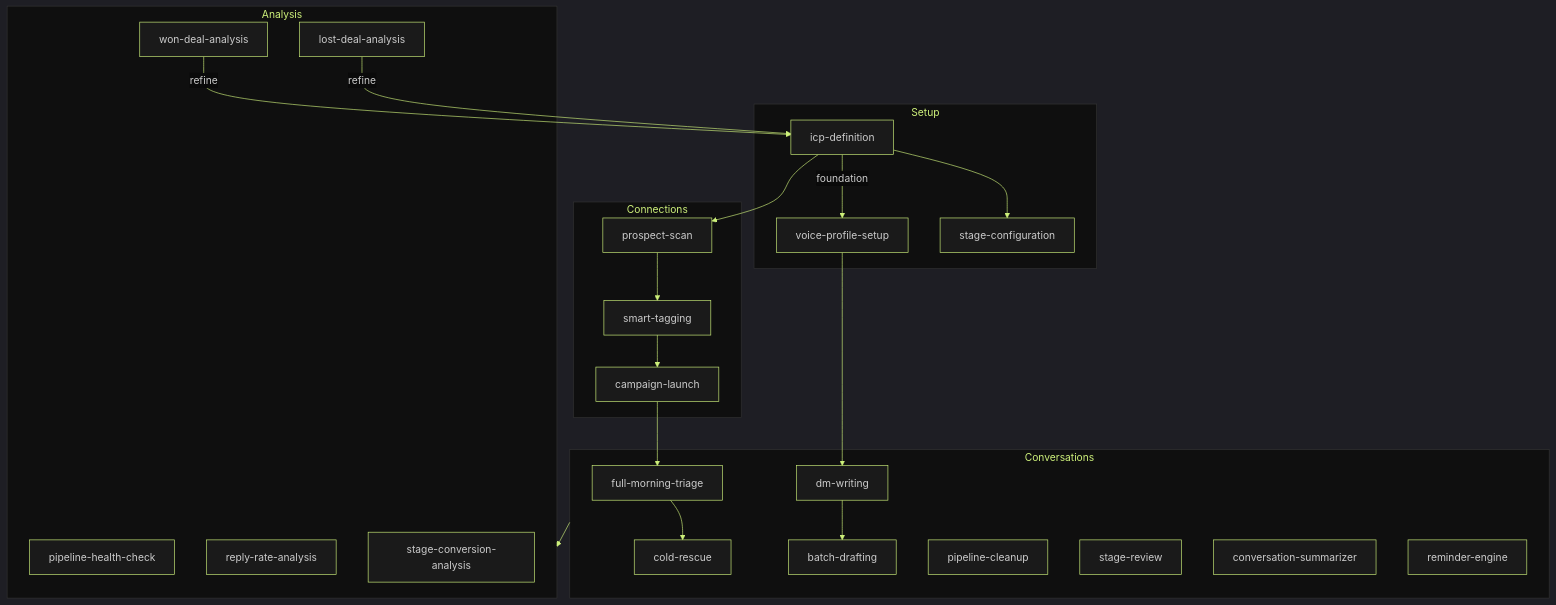
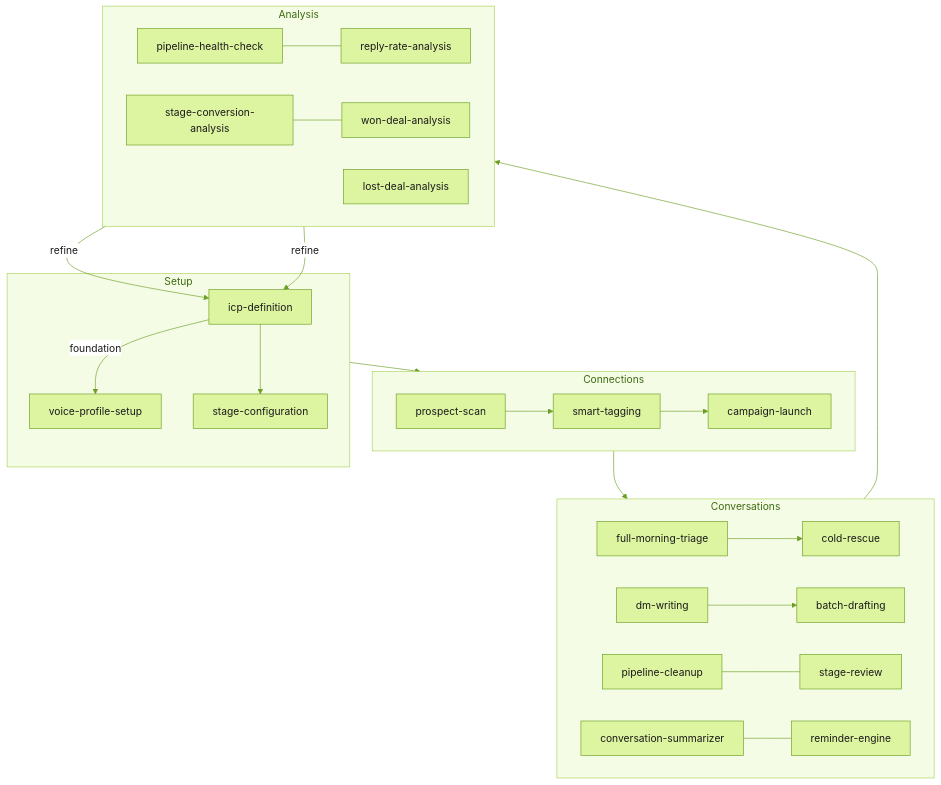
Before and after one commit to stvbutlr/linkninja-skills: the diagram in README.md, drawn with Mermaid.

Commit message:
docs: fix Mermaid chart — light theme for GitHub rendering
Dark theme subgraphs on white page looked broken. Switch to base
theme with lime green accents that work on GitHub's white canvas.
Compact layout with direction hints for Conversations and Analysis.

````diff
--- a/README.md
+++ b/README.md
@@ -106,51 +106,42 @@
 ```mermaid
-%%{init: {'theme': 'dark', 'themeVariables': {
-  'primaryColor': '#1a1a1a',
-  'primaryTextColor': '#e0e0e0',
-  'primaryBorderColor': '#CEF17B',
-  'lineColor': '#CEF17B',
-  'secondaryColor': '#111',
-  'tertiaryColor': '#1a1a1a',
-  'mainBkg': '#1a1a1a',
-  'nodeBorder': '#CEF17B',
-  'clusterBkg': '#0f0f0f',
-  'clusterBorder': '#333',
-  'titleColor': '#CEF17B',
-  'edgeLabelBackground': '#0a0a0a',
+%%{init: {'theme': 'base', 'themeVariables': {
+  'primaryColor': '#ddf4a0',
+  'primaryTextColor': '#1a1a1a',
+  'primaryBorderColor': '#6b9e23',
+  'lineColor': '#6b9e23',
+  'clusterBkg': '#f5fce6',
+  'clusterBorder': '#a8d45a',
+  'titleColor': '#3d6b0f',
+  'edgeLabelBackground': '#ffffff',
   'fontFamily': 'JetBrains Mono, monospace'
 }}}%%
-graph TD
+flowchart TD
     subgraph Setup
         ICP[icp-definition] -->|foundation| VP[voice-profile-setup]
         ICP --> SC[stage-configuration]
     end
 
     subgraph Connections
         PS[prospect-scan] --> ST[smart-tagging]
         ST --> CL[campaign-launch]
     end
 
     subgraph Conversations
+        direction LR
         FMT[full-morning-triage] --> CR[cold-rescue]
         DM[dm-writing] --> BD[batch-drafting]
-        PC[pipeline-cleanup]
-        SR[stage-review]
-        CS[conversation-summarizer]
-        RE[reminder-engine]
+        PC[pipeline-cleanup] --- SR[stage-review]
+        CS[conversation-summarizer] --- RE[reminder-engine]
     end
 
     subgraph Analysis
-        PHC[pipeline-health-check]
-        RRA[reply-rate-analysis]
-        SCA[stage-conversion-analysis]
-        WDA[won-deal-analysis]
+        direction LR
+        PHC[pipeline-health-check] --- RRA[reply-rate-analysis]
+        SCA[stage-conversion-analysis] --- WDA[won-deal-analysis]
         LDA[lost-deal-analysis]
     end
 
-    ICP --> PS
-    VP --> DM
-    CL --> FMT
-    Conversations --> Analysis
+    Setup --> Connections --> Conversations --> Analysis
     WDA -->|refine| ICP
     LDA -->|refine| ICP
 ```
````
